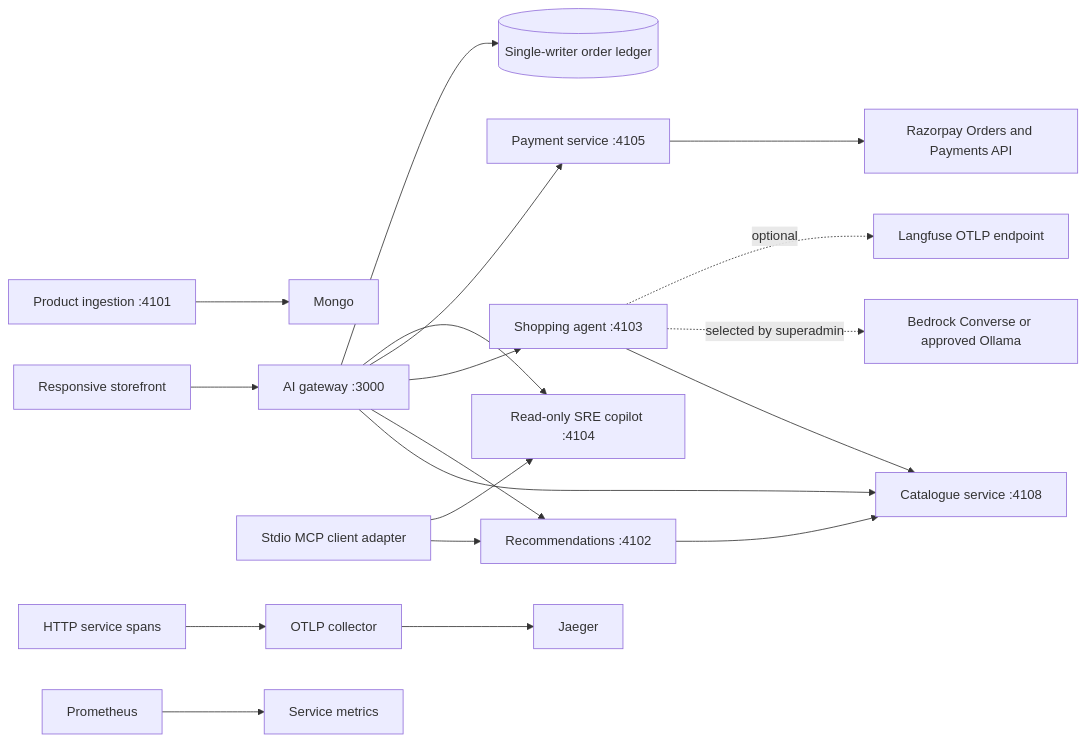
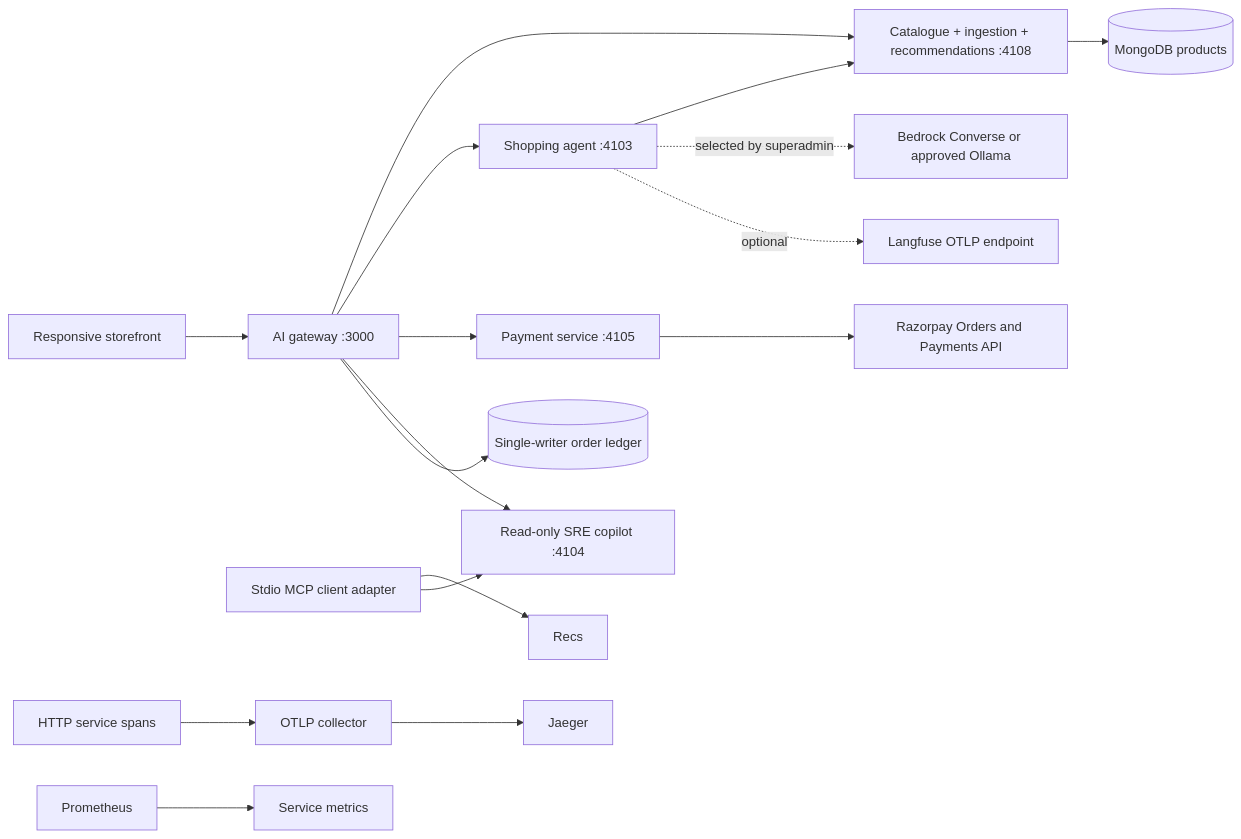
One commit to mrjithendar/roboshop-ai changed the diagram in docs/architecture/README.md. Above: the diagram before and after it, drawn with Mermaid. The commit also changed other lines of this file and 85 other files, not shown here.

````diff
--- a/docs/architecture/README.md
+++ b/docs/architecture/README.md
@@ -3,21 +3,19 @@
 ```mermaid
 flowchart LR
   Browser[Responsive storefront] --> Gateway[AI gateway :3000]
-  Gateway --> Catalog[Catalogue service :4108]
-  Ingest[Product ingestion :4101] --> Mongo
-  Gateway --> Recs[Recommendations :4102]
+  Gateway --> Catalog[Catalogue + ingestion + recommendations :4108]
+  Catalog --> Mongo[(MongoDB products)]
   Gateway --> Agent[Shopping agent :4103]
   Gateway --> Payment[Payment service :4105]
   Payment --> Razorpay[Razorpay Orders and Payments API]
   Gateway --> Ops[Read-only SRE copilot :4104]
   Gateway --> Ledger[(Single-writer order ledger)]
-  Recs --> Catalog
   Agent --> Catalog
   Agent -. selected by superadmin .-> LLM[Bedrock Converse or approved Ollama]
   MCP[Stdio MCP client adapter] --> Recs
   MCP --> Ops
   Services[HTTP service spans] --> Collector[OTLP collector]
   Collector --> Jaeger[Jaeger]
   Prometheus[Prometheus] --> Metrics[Service metrics]
   Agent -. optional .-> Langfuse[Langfuse OTLP endpoint]
 ```
````
